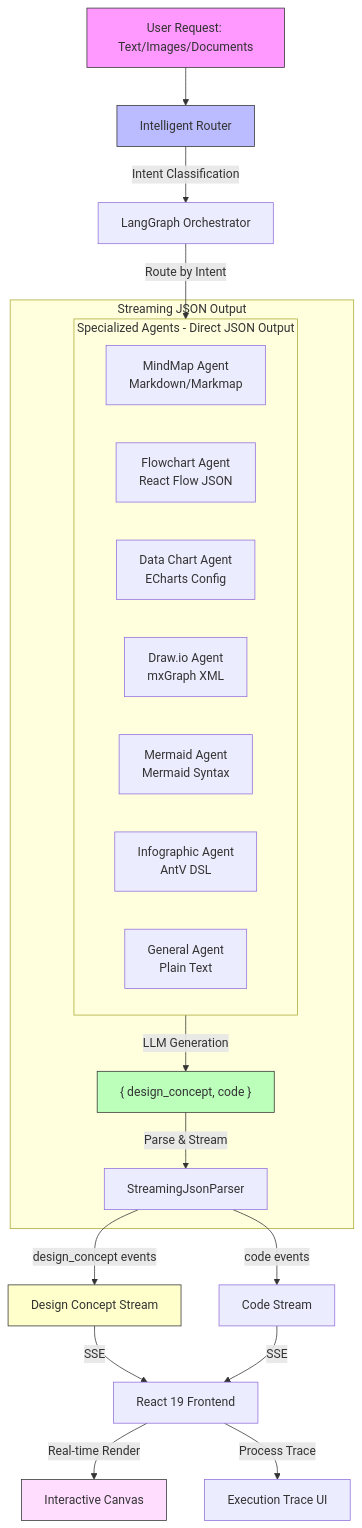
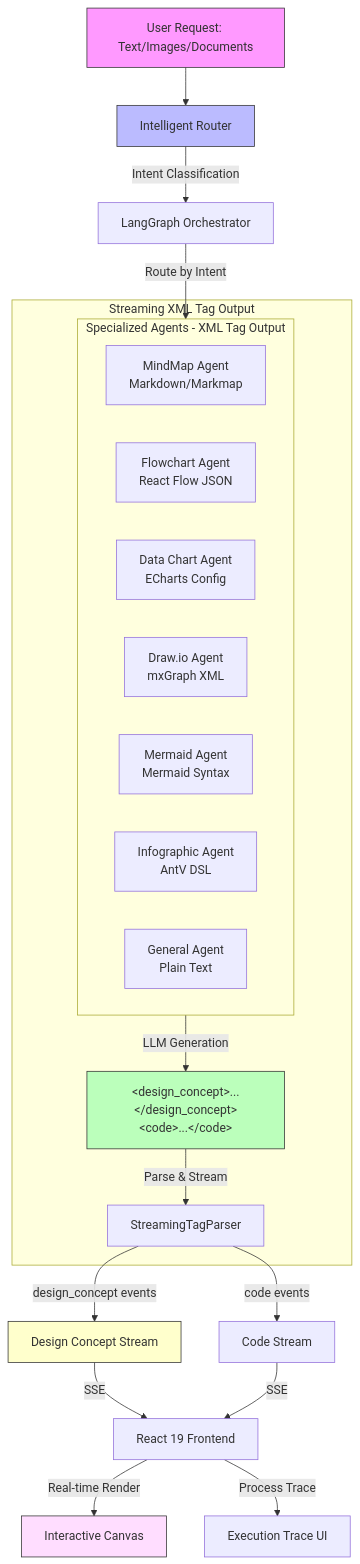
The diagram in README.md (CrazyForks/DeepDiagram), drawn with Mermaid before and after one commit. The commit also changed other lines of this file and 22 other files, not shown here.

````diff
--- a/README.md
+++ b/README.md
@@ -121,37 +123,37 @@
 ```mermaid
 graph TD
     Input[User Request: Text/Images/Documents] --> Router[Intelligent Router]
     Router -- Intent Classification --> Graph[LangGraph Orchestrator]
 
-    subgraph Agents [Specialized Agents - Direct JSON Output]
+    subgraph Agents [Specialized Agents - XML Tag Output]
         AgentMM[MindMap Agent<br/>Markdown/Markmap]
         AgentFlow[Flowchart Agent<br/>React Flow JSON]
         AgentChart[Data Chart Agent<br/>ECharts Config]
         AgentDraw[Draw.io Agent<br/>mxGraph XML]
         AgentMermaid[Mermaid Agent<br/>Mermaid Syntax]
         AgentInfo[Infographic Agent<br/>AntV DSL]
         AgentGeneral[General Agent<br/>Plain Text]
     end
 
     Graph -->|Route by Intent| Agents
 
-    subgraph Output [Streaming JSON Output]
-        Agents -->|LLM Generation| JSON["{ design_concept, code }"]
-        JSON -->|Parse & Stream| Parser[StreamingJsonParser]
+    subgraph Output [Streaming XML Tag Output]
+        Agents -->|LLM Generation| Tags["&lt;design_concept&gt;...&lt;/design_concept&gt;<br/>&lt;code&gt;...&lt;/code&gt;"]
+        Tags -->|Parse & Stream| Parser[StreamingTagParser]
     end
 
     Parser -->|design_concept events| DC[Design Concept Stream]
     Parser -->|code events| Code[Code Stream]
 
     DC -->|SSE| Frontend[React 19 Frontend]
     Code -->|SSE| Frontend
 
     Frontend -->|Real-time Render| Canvas[Interactive Canvas]
     Frontend -->|Process Trace| Trace[Execution Trace UI]
 
     style Input fill:#f9f,stroke:#333
     style Router fill:#bbf,stroke:#333
-    style JSON fill:#bfb,stroke:#333
+    style Tags fill:#bfb,stroke:#333
     style Canvas fill:#fdf,stroke:#333
     style DC fill:#ffc,stroke:#333
 ```
````
